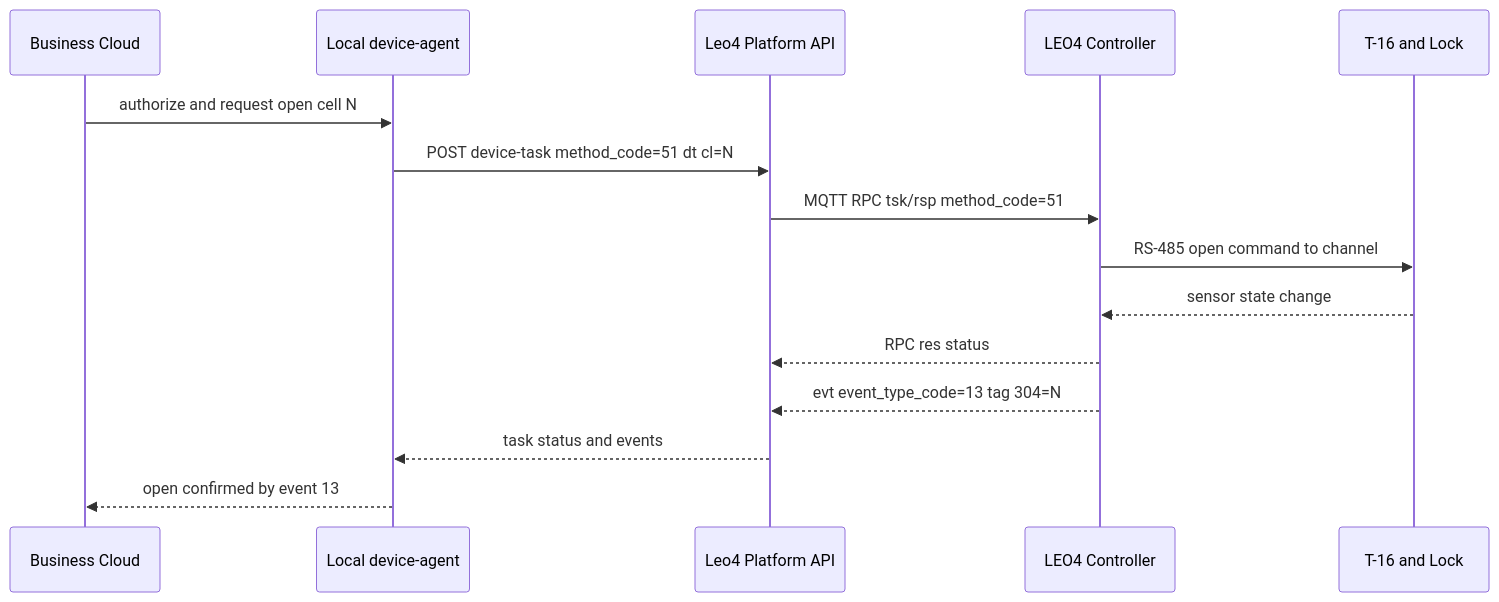
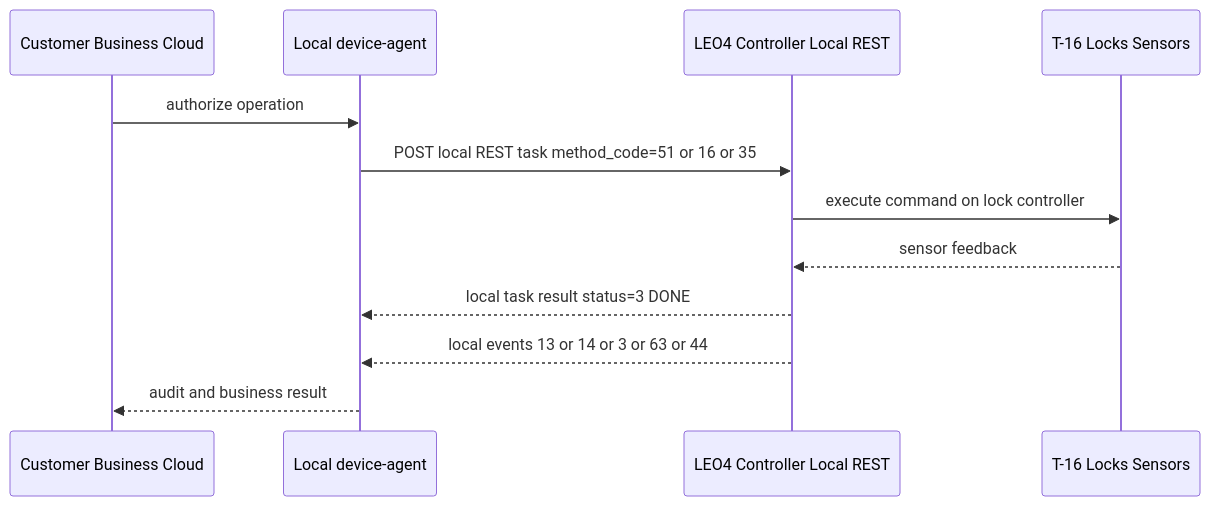
Before and after one commit to OlegLebedevRU/iot-rpc-rest-app: the second of 4 diagrams in docs/presale/leo4-vendor-execution-layer-response.md, drawn with Mermaid. The commit also changed other lines of this file, not shown here.

First line of the commit message:
docs: restructure presale response around local cloud hybrid modes

````diff
--- a/docs/presale/leo4-vendor-execution-layer-response.md
+++ b/docs/presale/leo4-vendor-execution-layer-response.md
@@ -107,18 +101,15 @@
 ```mermaid
 sequenceDiagram
-    participant BC as Business Cloud
+    participant BC as Customer Business Cloud
     participant AG as Local device-agent
-    participant LP as Leo4 Platform API
-    participant CT as LEO4 Controller
-    participant HW as T-16 and Lock
+    participant CT as LEO4 Controller Local REST
+    participant HW as T-16 Locks Sensors
 
-    BC->>AG: authorize and request open cell N
-    AG->>LP: POST device-task method_code=51 dt cl=N
-    LP->>CT: MQTT RPC tsk/rsp method_code=51
-    CT->>HW: RS-485 open command to channel
-    HW-->>CT: sensor state change
-    CT-->>LP: RPC res status
-    CT-->>LP: evt event_type_code=13 tag 304=N
-    LP-->>AG: task status and events
-    AG-->>BC: open confirmed by event 13
+    BC->>AG: authorize operation
+    AG->>CT: POST local REST task method_code=51 or 16 or 35
+    CT->>HW: execute command on lock controller
+    HW-->>CT: sensor feedback
+    CT-->>AG: local task result status=3 DONE
+    CT-->>AG: local events 13 or 14 or 3 or 63 or 44
+    AG-->>BC: audit and business result
 ```
````
